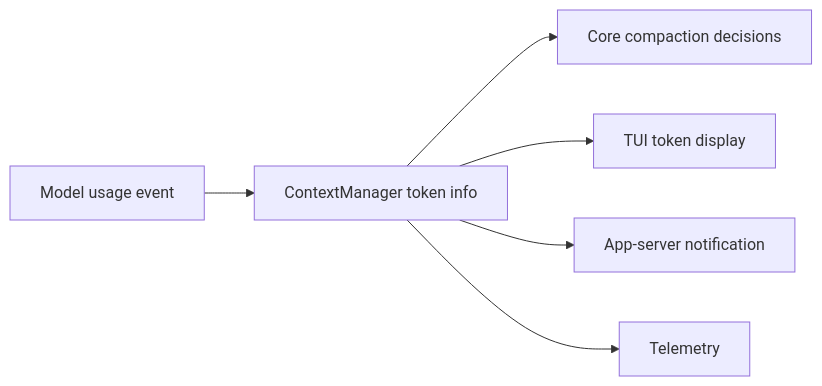
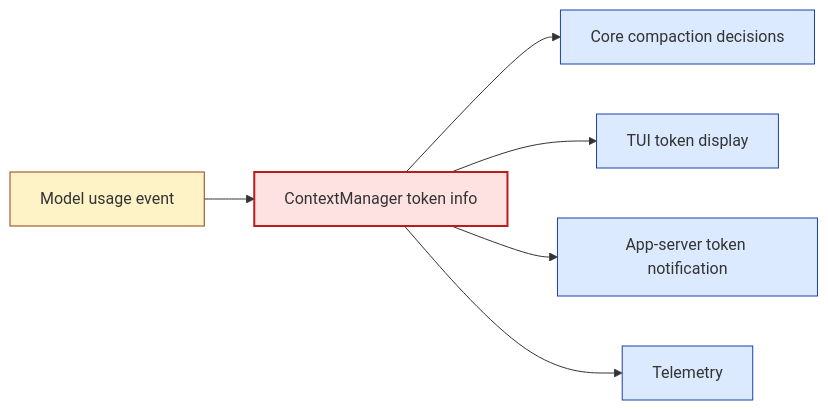
One commit to WineChord/books changed the first of 2 diagrams in docs/zh/codex-context-management/chapter-08.md. Above: the diagram before and after it, drawn with Mermaid. The commit also changed other lines of this file and 21 other files, not shown here.

````diff
--- a/docs/zh/codex-context-management/chapter-08.md
+++ b/docs/zh/codex-context-management/chapter-08.md
@@ -20,8 +36,14 @@
 ```mermaid
 graph LR
   A[Model usage event] --> B[ContextManager token info]
   B --> C[Core compaction decisions]
   B --> D[TUI token display]
-  B --> E[App-server notification]
+  B --> E[App-server token notification]
   B --> F[Telemetry]
+  classDef src fill:#fef3c7,stroke:#92400e;
+  classDef hub fill:#fee2e2,stroke:#b91c1c,stroke-width:2px;
+  classDef sink fill:#dbeafe,stroke:#1e40af;
+  class A src;
+  class B hub;
+  class C,D,E,F sink;
 ```
````
